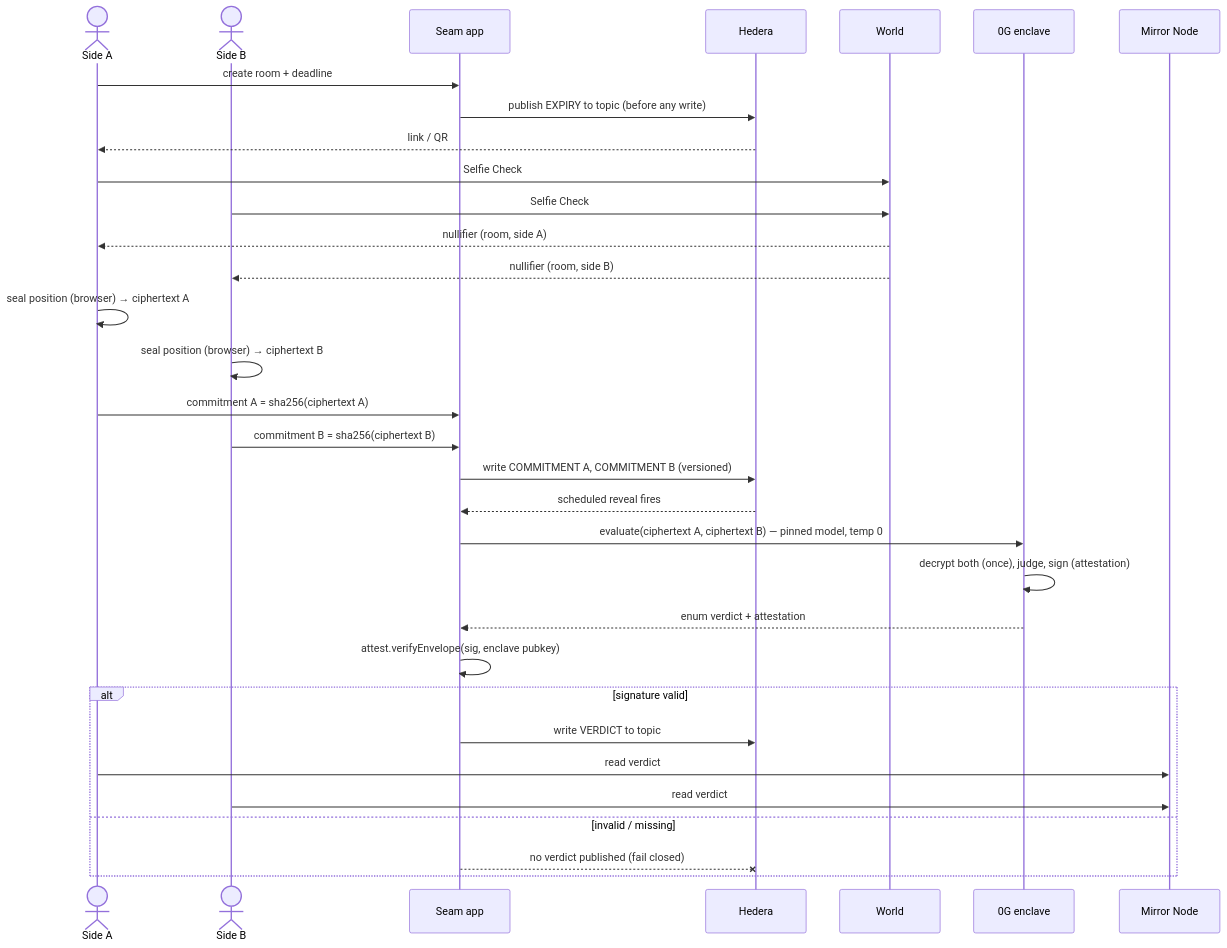
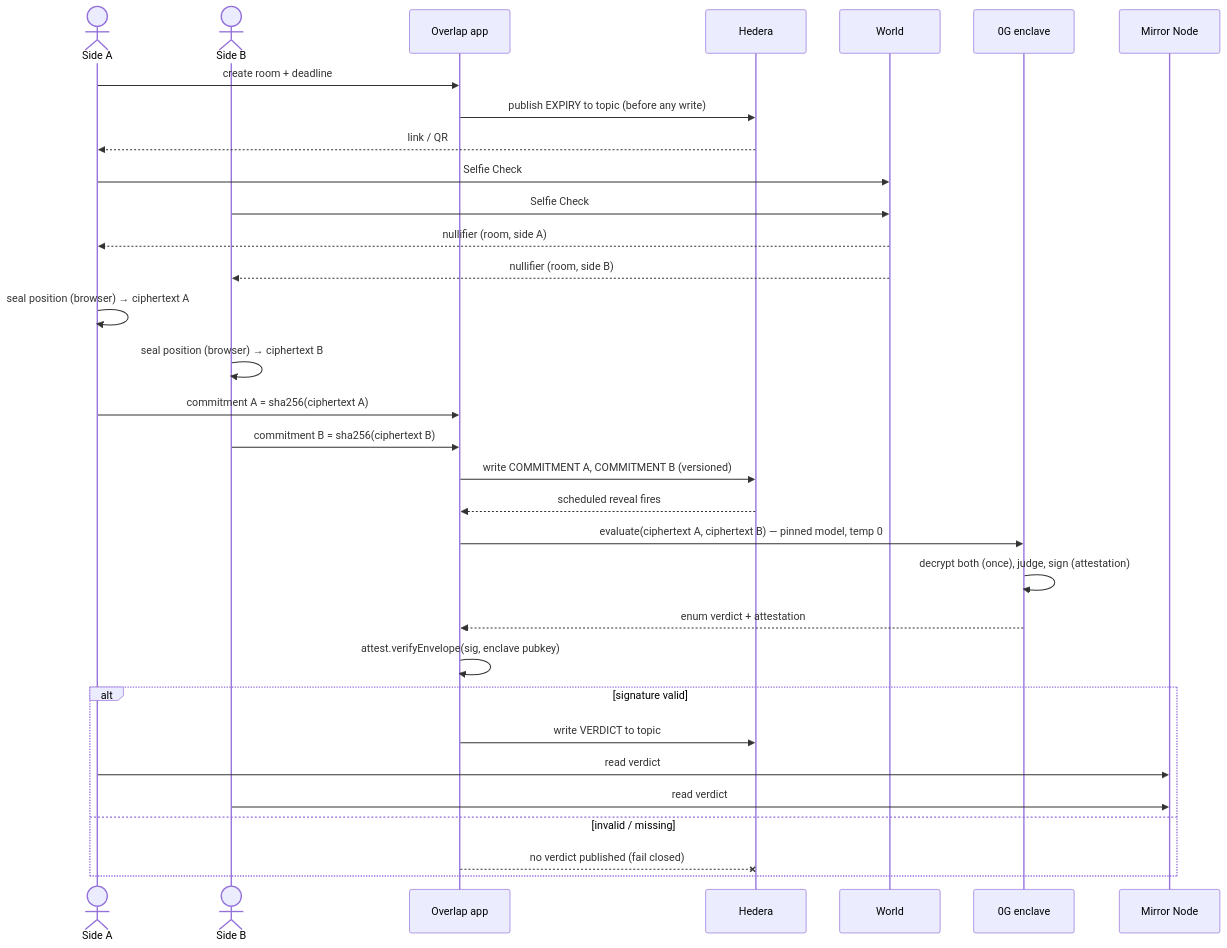
One commit to fabroche/ethglobal-lisboa-2026 changed the third of 3 diagrams in docs/00-overview/01-architecture.md. Above: the diagram before and after it, drawn with Mermaid. The commit also changed other lines of this file and 55 other files, not shown here.

````diff
--- a/docs/00-overview/01-architecture.md
+++ b/docs/00-overview/01-architecture.md
@@ -94,35 +94,35 @@
 ```mermaid
 sequenceDiagram
     actor A as Side A
     actor B as Side B
-    participant APP as Seam app
+    participant APP as Overlap app
     participant H as Hedera
     participant W as World
     participant OG as 0G enclave
     participant M as Mirror Node
 
     A->>APP: create room + deadline
     APP->>H: publish EXPIRY to topic (before any write)
     H-->>A: link / QR
     A->>W: Selfie Check
     B->>W: Selfie Check
     W-->>A: nullifier (room, side A)
     W-->>B: nullifier (room, side B)
     A->>A: seal position (browser) → ciphertext A
     B->>B: seal position (browser) → ciphertext B
     A->>APP: commitment A = sha256(ciphertext A)
     B->>APP: commitment B = sha256(ciphertext B)
     APP->>H: write COMMITMENT A, COMMITMENT B (versioned)
     H-->>APP: scheduled reveal fires
     APP->>OG: evaluate(ciphertext A, ciphertext B) — pinned model, temp 0
     OG->>OG: decrypt both (once), judge, sign (attestation)
     OG-->>APP: enum verdict + attestation
     APP->>APP: attest.verifyEnvelope(sig, enclave pubkey)
     alt signature valid
       APP->>H: write VERDICT to topic
       A->>M: read verdict
       B->>M: read verdict
     else invalid / missing
       APP--xH: no verdict published (fail closed)
     end
 ```
````
